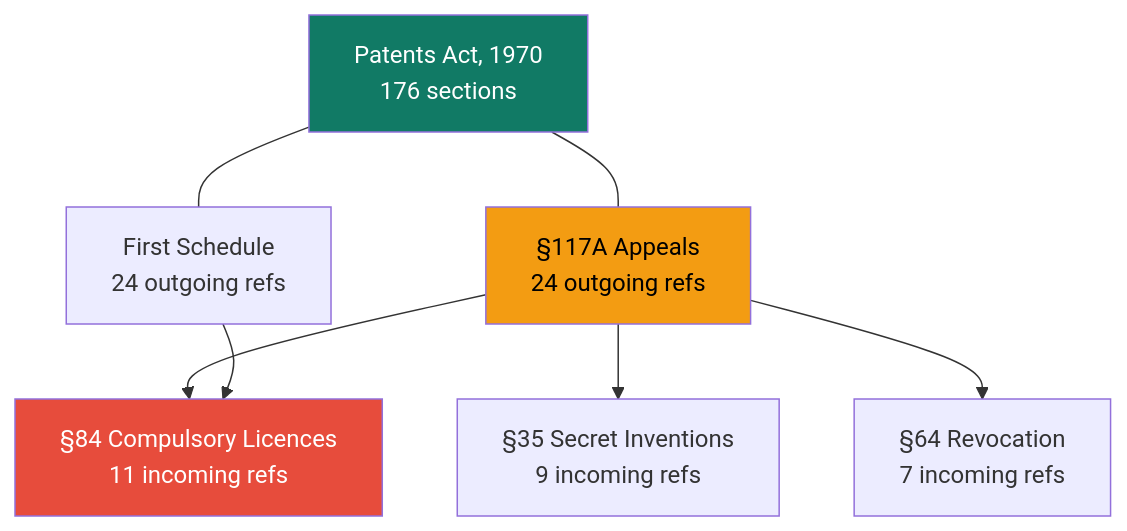
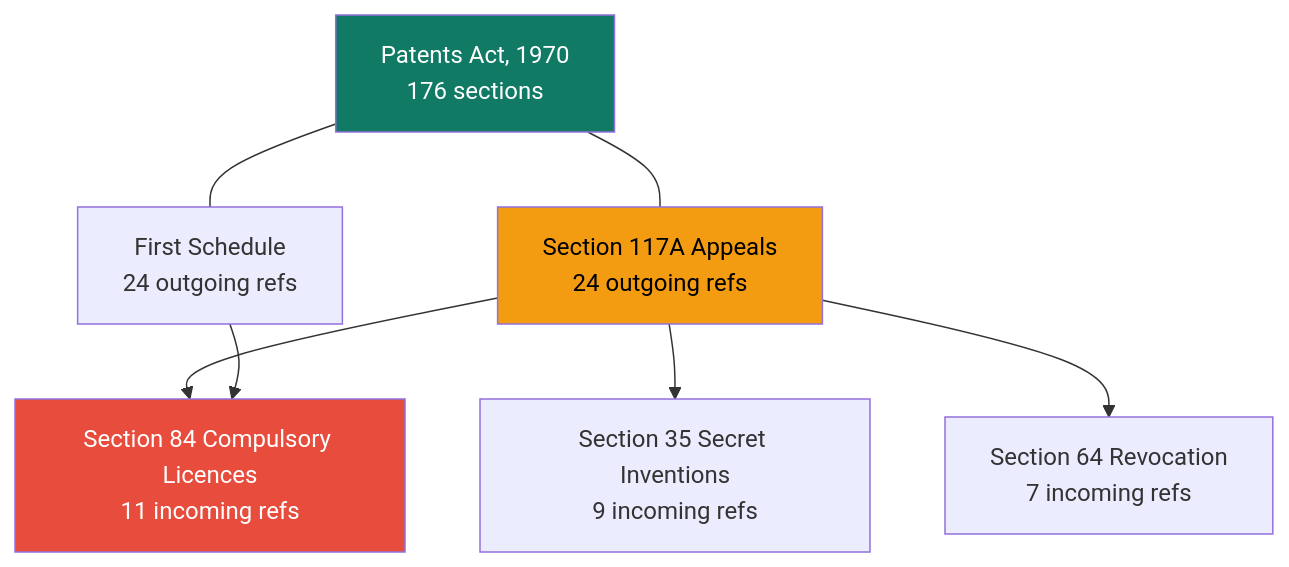
Before and after one commit to shikharpant/nyaya-ledger: the third of 5 diagrams in README.md, drawn with Mermaid. The commit also changed other lines of this file and 1 other file, not shown here.

Commit message:
Fix README Mermaid rendering

````diff
--- a/README.md
+++ b/README.md
@@ -216,18 +219,20 @@
 ```mermaid
 graph TD
     PA["Patents Act, 1970<br/>176 sections"]
 
-    PA --- S117A["&sect;117A Appeals<br/>24 outgoing refs"]
+    PA --- S117A["Section 117A Appeals<br/>24 outgoing refs"]
     PA --- SCH["First Schedule<br/>24 outgoing refs"]
 
-    S84["&sect;84 Compulsory Licences<br/>11 incoming refs"]
-    S35["&sect;35 Secret Inventions<br/>9 incoming refs"]
-    S64["&sect;64 Revocation<br/>7 incoming refs"]
+    S84["Section 84 Compulsory Licences<br/>11 incoming refs"]
+    S35["Section 35 Secret Inventions<br/>9 incoming refs"]
+    S64["Section 64 Revocation<br/>7 incoming refs"]
 
-    S117A --> S84 & S35 & S64
+    S117A --> S84
+    S117A --> S35
+    S117A --> S64
     SCH --> S84
 
     style PA fill:#117a65,color:#fff
     style S84 fill:#e74c3c,color:#fff
     style S117A fill:#f39c12,color:#000
 ```
````
